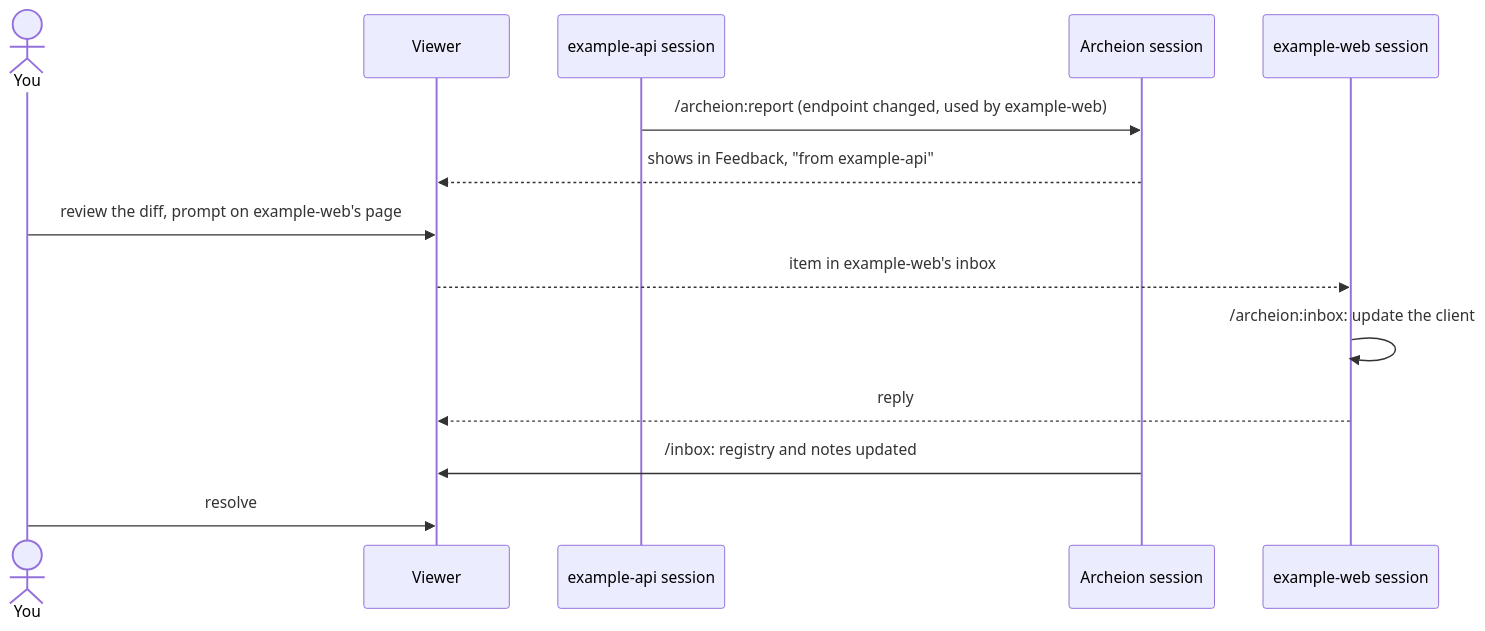
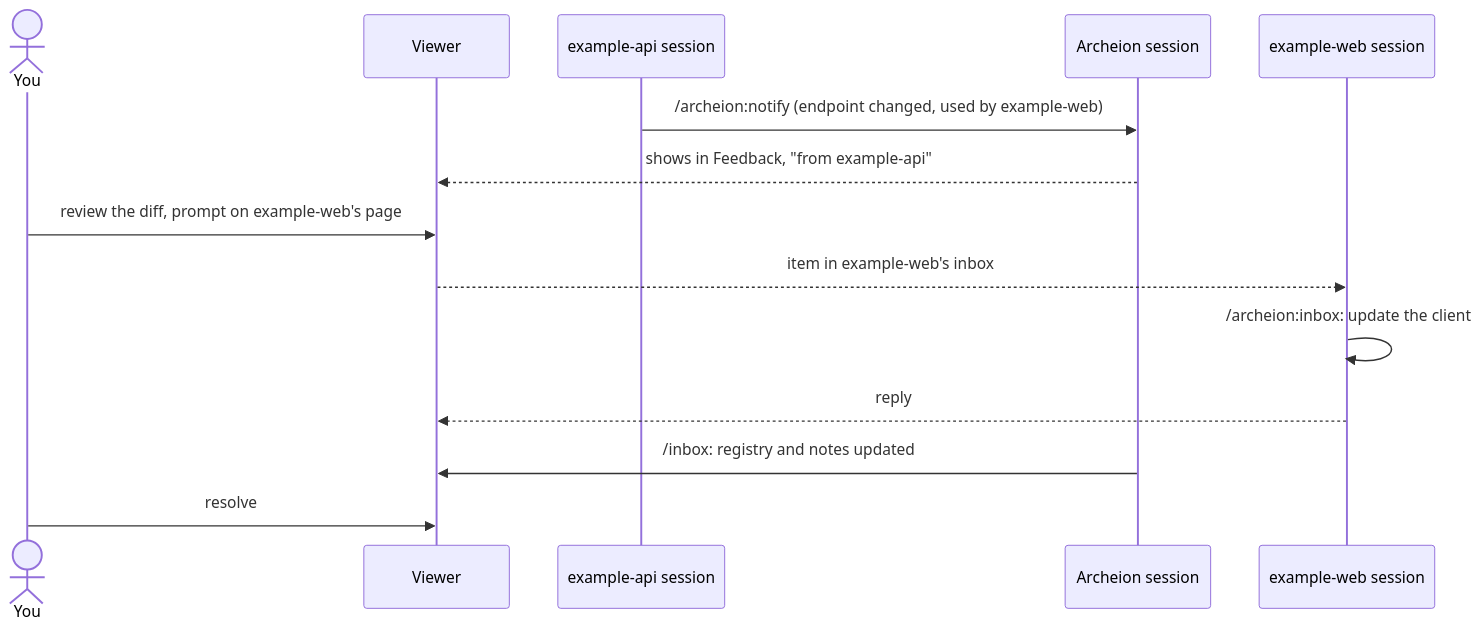
One commit to Aricato15/Archeion changed the second of 6 diagrams in docs/guides/use-cases.md. Above: the diagram before and after it, drawn with Mermaid. The commit also changed other lines of this file and 18 other files, not shown here.

First line of the commit message:
refactor(plugin): rename the report skill to notify and release plugin 0.4.0

````diff
--- a/docs/guides/use-cases.md
+++ b/docs/guides/use-cases.md
@@ -68,16 +68,16 @@
 ```mermaid
 sequenceDiagram
   actor You
   participant V as Viewer
   participant API as example-api session
   participant A as Archeion session
   participant WEB as example-web session
-  API->>A: /archeion:report (endpoint changed, used by example-web)
+  API->>A: /archeion:notify (endpoint changed, used by example-web)
   A-->>V: shows in Feedback, "from example-api"
   You->>V: review the diff, prompt on example-web's page
   V-->>WEB: item in example-web's inbox
   WEB->>WEB: /archeion:inbox: update the client
   WEB-->>V: reply
   A->>V: /inbox: registry and notes updated
   You->>V: resolve
 ```
````
